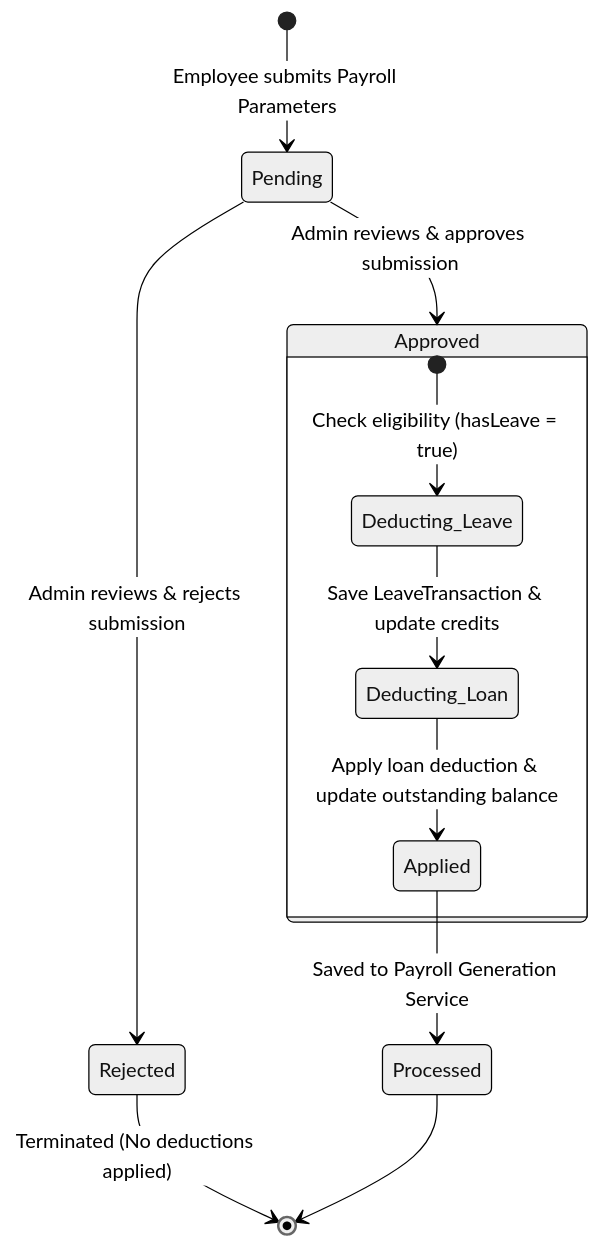
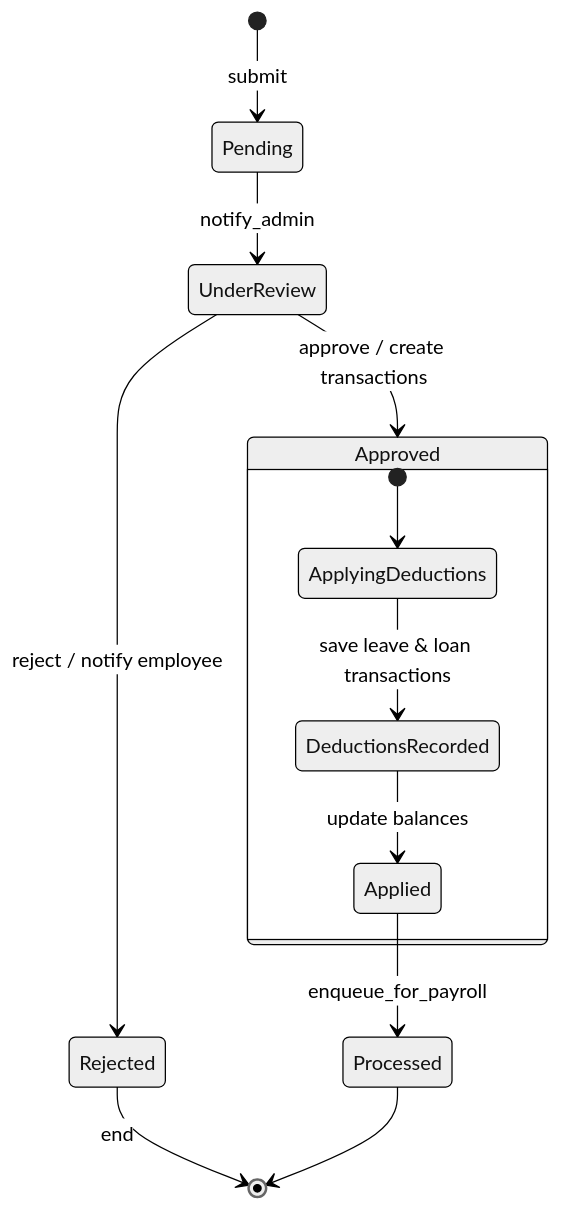
One commit to JAZSI/PayrollSystem changed the fifth of 5 diagrams in .docs/diagrams.md. Above: the diagram before and after it, drawn with Mermaid (neutral theme). The commit also changed other lines of this file and 5 other files, not shown here.

Commit message:
Fix Diagrams

````diff
--- a/.docs/diagrams.md
+++ b/.docs/diagrams.md
@@ -535,17 +288,18 @@
 ```mermaid
 stateDiagram-v2
-    [*] --> Pending : Employee submits Payroll Parameters
-    
-    Pending --> Approved : Admin reviews & approves submission
-    Pending --> Rejected : Admin reviews & rejects submission
-    
+    [*] --> Pending : submit
+
+    Pending --> UnderReview : notify_admin
+    UnderReview --> Approved : approve / create transactions
+    UnderReview --> Rejected : reject / notify employee
+
     state Approved {
-        [*] --> Deducting_Leave : Check eligibility (hasLeave = true)
-        Deducting_Leave --> Deducting_Loan : Save LeaveTransaction & update credits
-        Deducting_Loan --> Applied : Apply loan deduction & update outstanding balance
+        [*] --> ApplyingDeductions
+        ApplyingDeductions --> DeductionsRecorded : save leave & loan transactions
+        DeductionsRecorded --> Applied : update balances
     }
-    
-    Applied --> Processed : Saved to Payroll Generation Service
-    Rejected --> [*] : Terminated (No deductions applied)
+
+    Applied --> Processed : enqueue_for_payroll
+    Rejected --> [*] : end
     Processed --> [*]
 ```
````
